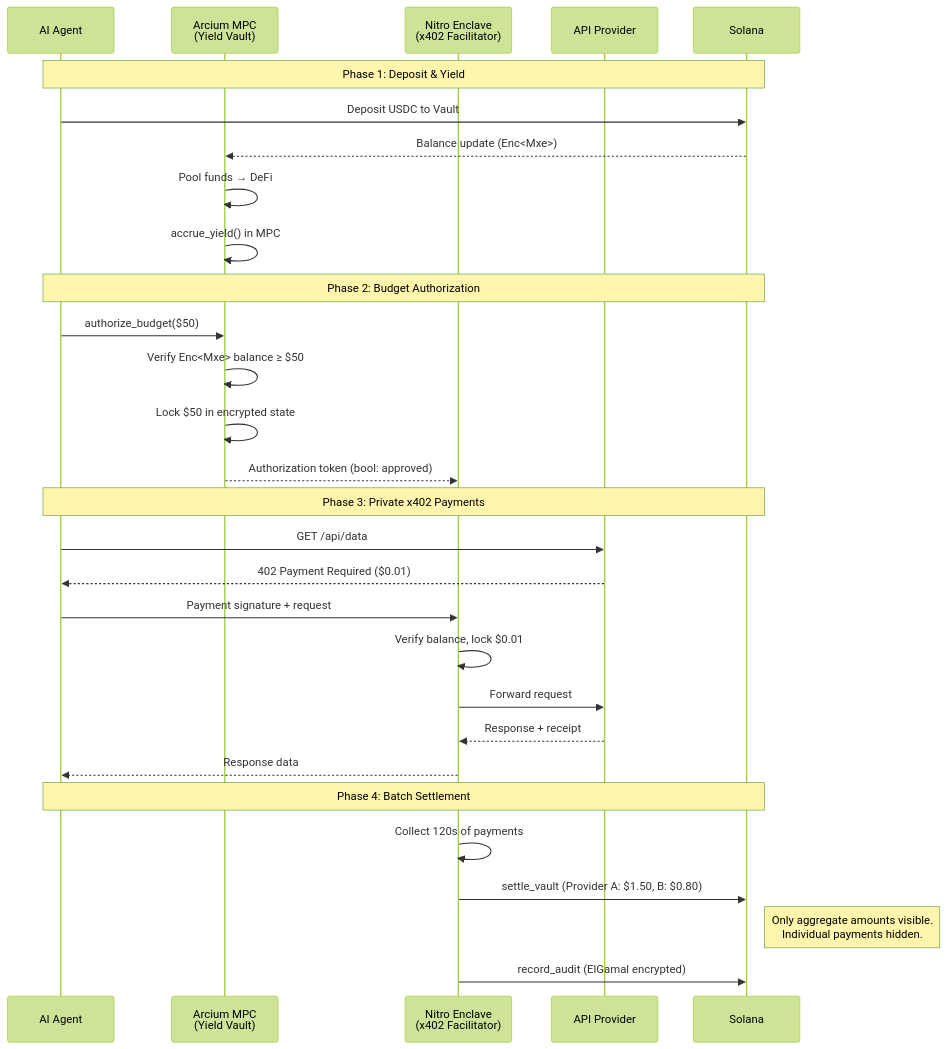
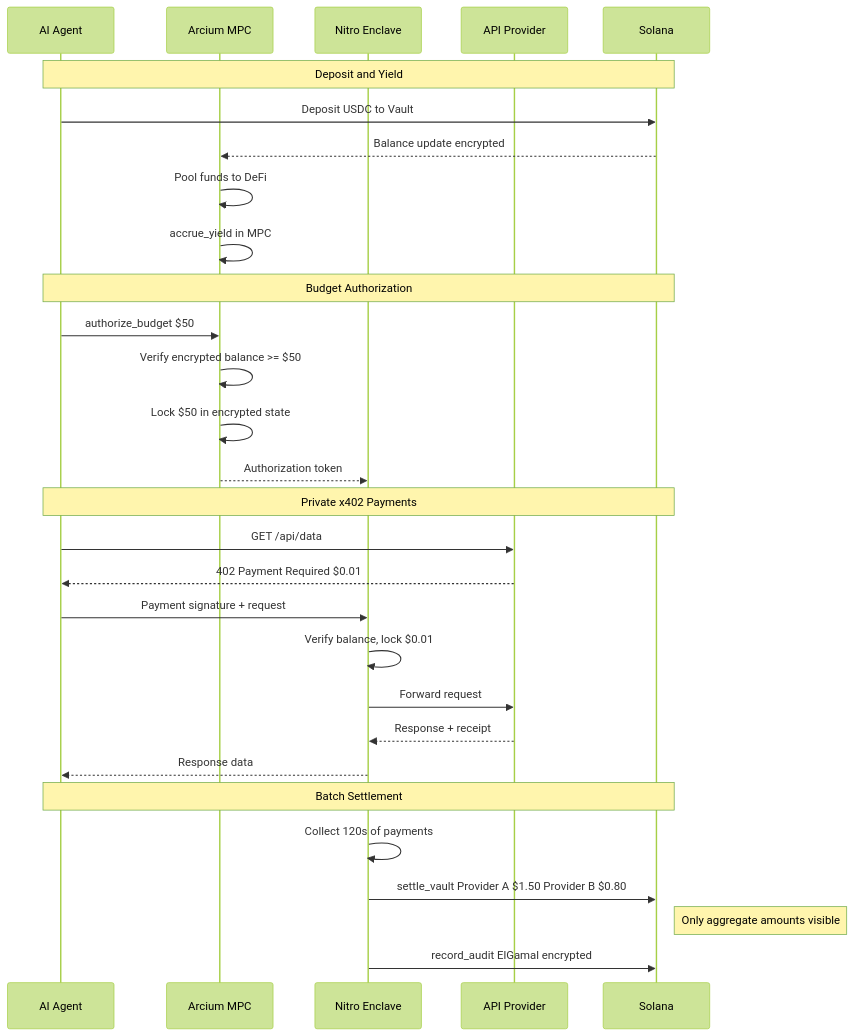
One commit to SublyFi/privacy-x402 changed the second of 5 diagrams in docs/architecture.md. Above: the diagram before and after it, drawn with Mermaid (forest theme). The commit also changed other lines of this file, not shown here.

First line of the commit message:
Fix Mermaid diagrams for GitHub rendering compatibility

````diff
--- a/docs/architecture.md
+++ b/docs/architecture.md
@@ -69,35 +78,35 @@
 ```mermaid
 sequenceDiagram
     participant Agent as AI Agent
-    participant Arcium as Arcium MPC<br/>(Yield Vault)
-    participant TEE as Nitro Enclave<br/>(x402 Facilitator)
+    participant Arcium as Arcium MPC
+    participant TEE as Nitro Enclave
     participant Provider as API Provider
     participant Chain as Solana
 
-    Note over Agent,Chain: Phase 1: Deposit & Yield
+    Note over Agent,Chain: Deposit and Yield
     Agent->>Chain: Deposit USDC to Vault
-    Chain-->>Arcium: Balance update (Enc<Mxe>)
-    Arcium->>Arcium: Pool funds → DeFi
-    Arcium->>Arcium: accrue_yield() in MPC
+    Chain-->>Arcium: Balance update encrypted
+    Arcium->>Arcium: Pool funds to DeFi
+    Arcium->>Arcium: accrue_yield in MPC
 
-    Note over Agent,Chain: Phase 2: Budget Authorization
-    Agent->>Arcium: authorize_budget($50)
-    Arcium->>Arcium: Verify Enc<Mxe> balance ≥ $50
+    Note over Agent,Chain: Budget Authorization
+    Agent->>Arcium: authorize_budget $50
+    Arcium->>Arcium: Verify encrypted balance >= $50
     Arcium->>Arcium: Lock $50 in encrypted state
-    Arcium-->>TEE: Authorization token (bool: approved)
+    Arcium-->>TEE: Authorization token
 
-    Note over Agent,Chain: Phase 3: Private x402 Payments
+    Note over Agent,Chain: Private x402 Payments
     Agent->>Provider: GET /api/data
-    Provider-->>Agent: 402 Payment Required ($0.01)
+    Provider-->>Agent: 402 Payment Required $0.01
     Agent->>TEE: Payment signature + request
     TEE->>TEE: Verify balance, lock $0.01
     TEE->>Provider: Forward request
     Provider-->>TEE: Response + receipt
     TEE-->>Agent: Response data
 
-    Note over Agent,Chain: Phase 4: Batch Settlement
+    Note over Agent,Chain: Batch Settlement
     TEE->>TEE: Collect 120s of payments
-    TEE->>Chain: settle_vault (Provider A: $1.50, B: $0.80)
-    Note right of Chain: Only aggregate amounts visible.<br/>Individual payments hidden.
-    TEE->>Chain: record_audit (ElGamal encrypted)
+    TEE->>Chain: settle_vault Provider A $1.50 Provider B $0.80
+    Note right of Chain: Only aggregate amounts visible
+    TEE->>Chain: record_audit ElGamal encrypted
 ```
````
